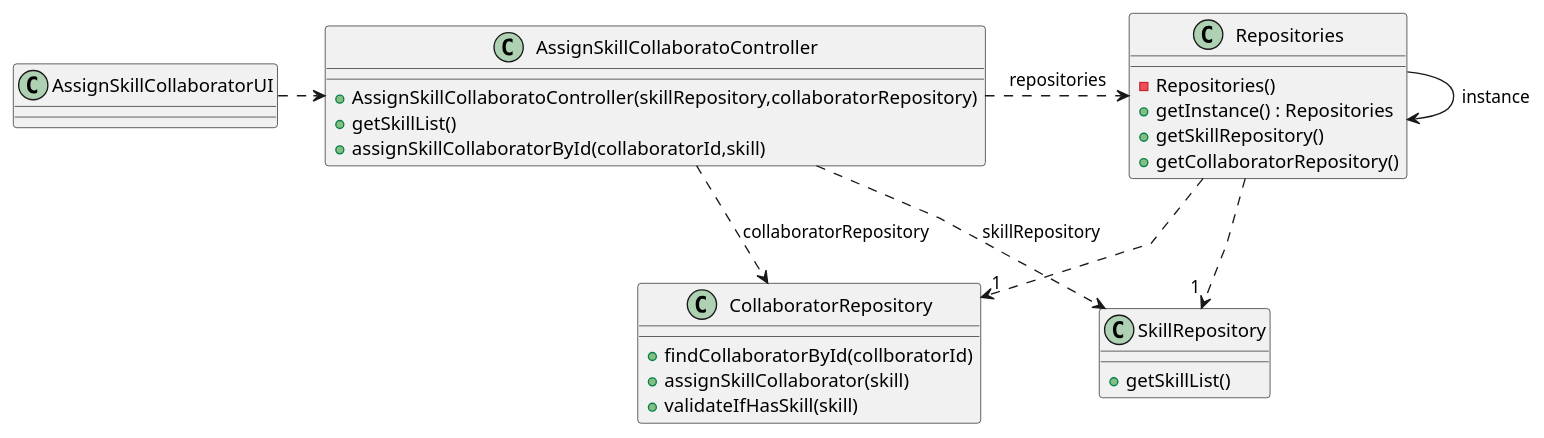
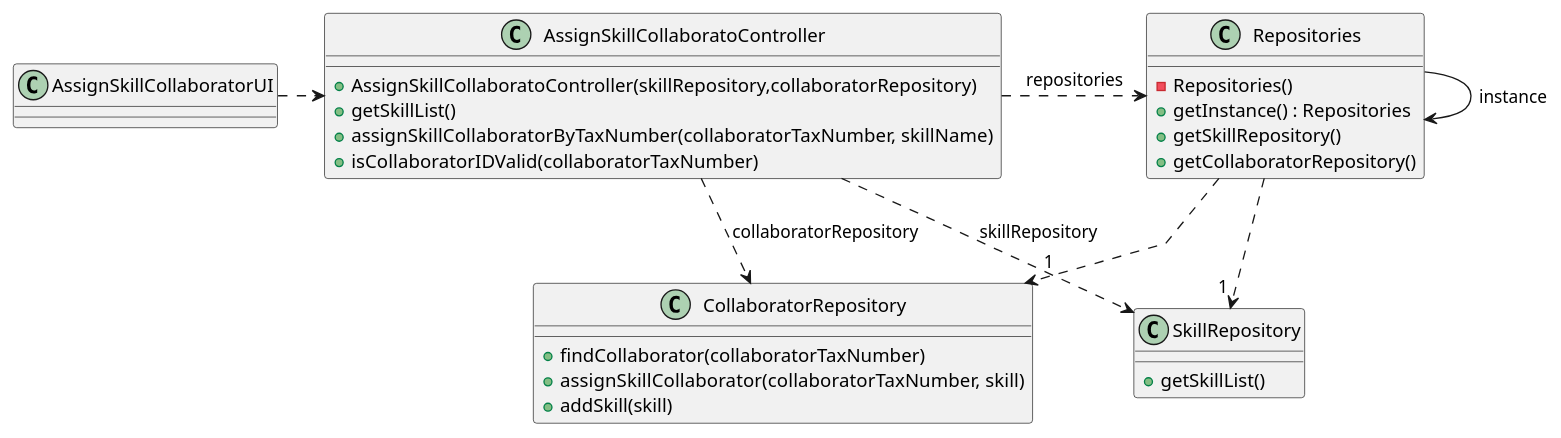
One commit to SAEmanuel/Green_Spaces_Management_ISEP changed the diagram in docs/sprintB/us004/03.design/puml/us004-class-diagram.puml. Above: the diagram before and after it, drawn with PlantUML. The commit also changed 31 other files, not shown here.

```diff
--- a/docs/sprintB/us004/03.design/puml/us004-class-diagram.puml
+++ b/docs/sprintB/us004/03.design/puml/us004-class-diagram.puml
@@ -1,54 +1,56 @@
 @startuml
 'skinparam monochrome true
 skinparam packageStyle rectangle
 skinparam shadowing false
 skinparam linetype polyline
 'skinparam linetype orto
 'skinparam classAttributeIconSize 0
 'left to right direction
 
 
 
 
 class SkillRepository {
 + getSkillList()
 
 }
 
 class CollaboratorRepository {
-    + findCollaboratorById(collboratorId)
-    + assignSkillCollaborator(skill)
-    + validateIfHasSkill(skill)
+    + findCollaborator(collaboratorTaxNumber)
+    + assignSkillCollaborator(collaboratorTaxNumber, skill)
+    + addSkill(skill)
+
 
 }
 
 
 class Repositories {
     - Repositories()
     + getInstance() : Repositories
     + getSkillRepository()
     + getCollaboratorRepository()
 }
 
 class AssignSkillCollaboratoController {
     + AssignSkillCollaboratoController(skillRepository,collaboratorRepository)
     + getSkillList()
-    + assignSkillCollaboratorById(collaboratorId,skill)
+    + assignSkillCollaboratorByTaxNumber(collaboratorTaxNumber, skillName)
+    + isCollaboratorIDValid(collaboratorTaxNumber)
 
 }
 
 class AssignSkillCollaboratorUI {
 }
 
 AssignSkillCollaboratorUI .> AssignSkillCollaboratoController
 
 AssignSkillCollaboratoController .> Repositories : repositories
 Repositories  ..> "1 " SkillRepository
 Repositories  ..> "1 " CollaboratorRepository
 Repositories -> Repositories : instance
 
 AssignSkillCollaboratoController ..>  SkillRepository : skillRepository
 AssignSkillCollaboratoController .>  CollaboratorRepository : collaboratorRepository
 
 
 @enduml
```
